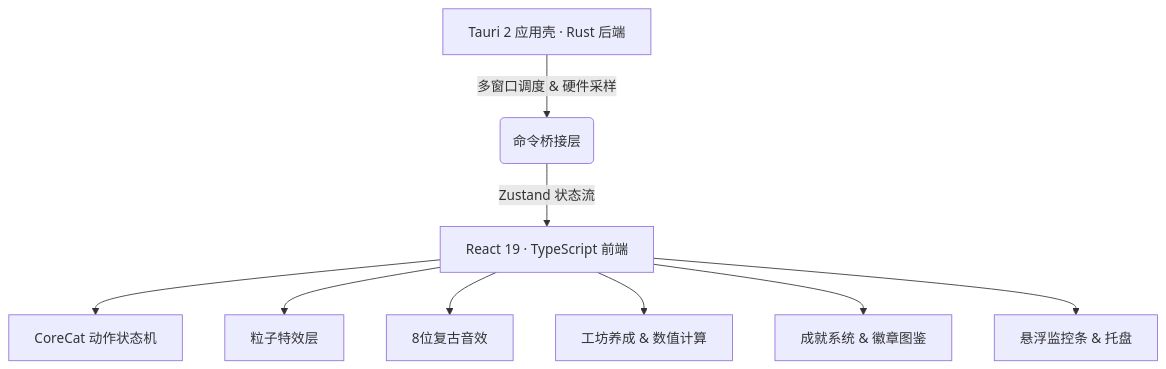
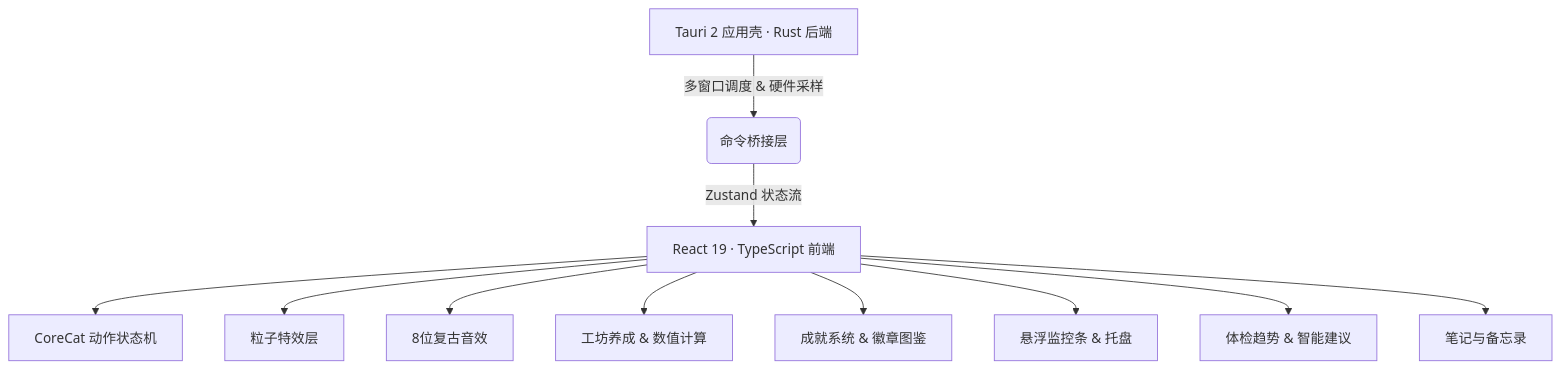
The diagram in README.md (FiveDayZ/CoworkPal), drawn with Mermaid before and after one commit. The commit also changed other lines of this file and 26 other files, not shown here.

````diff
--- a/README.md
+++ b/README.md
@@ -110,11 +154,13 @@
 ```mermaid
 graph TD
     A[Tauri 2 应用壳 · Rust 后端] -->|多窗口调度 & 硬件采样| B(命令桥接层)
     B -->|Zustand 状态流| C[React 19 · TypeScript 前端]
     C --> D[CoreCat 动作状态机]
     C --> E[粒子特效层]
     C --> F[8位复古音效]
     C --> G[工坊养成 & 数值计算]
     C --> H[成就系统 & 徽章图鉴]
     C --> I[悬浮监控条 & 托盘]
+    C --> J[体检趋势 & 智能建议]
+    C --> K[笔记与备忘录]
 ```
````
